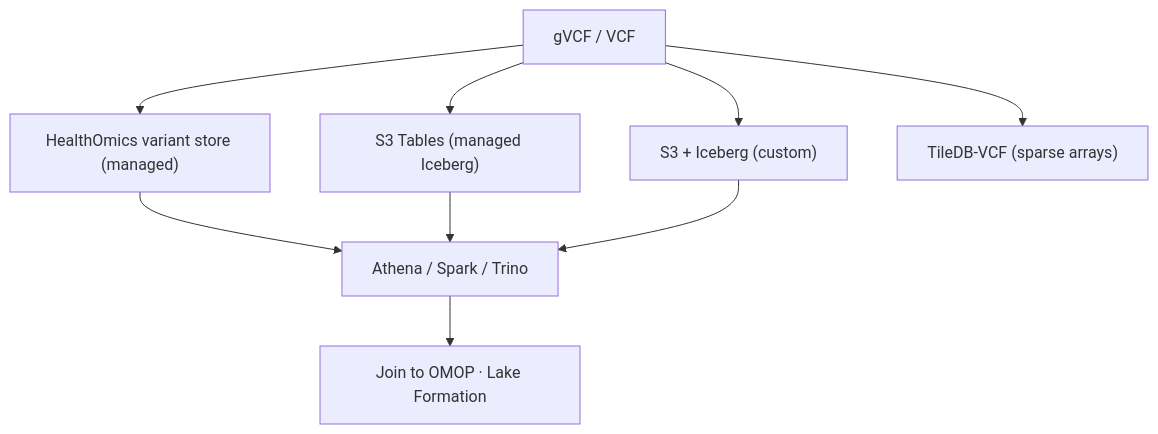
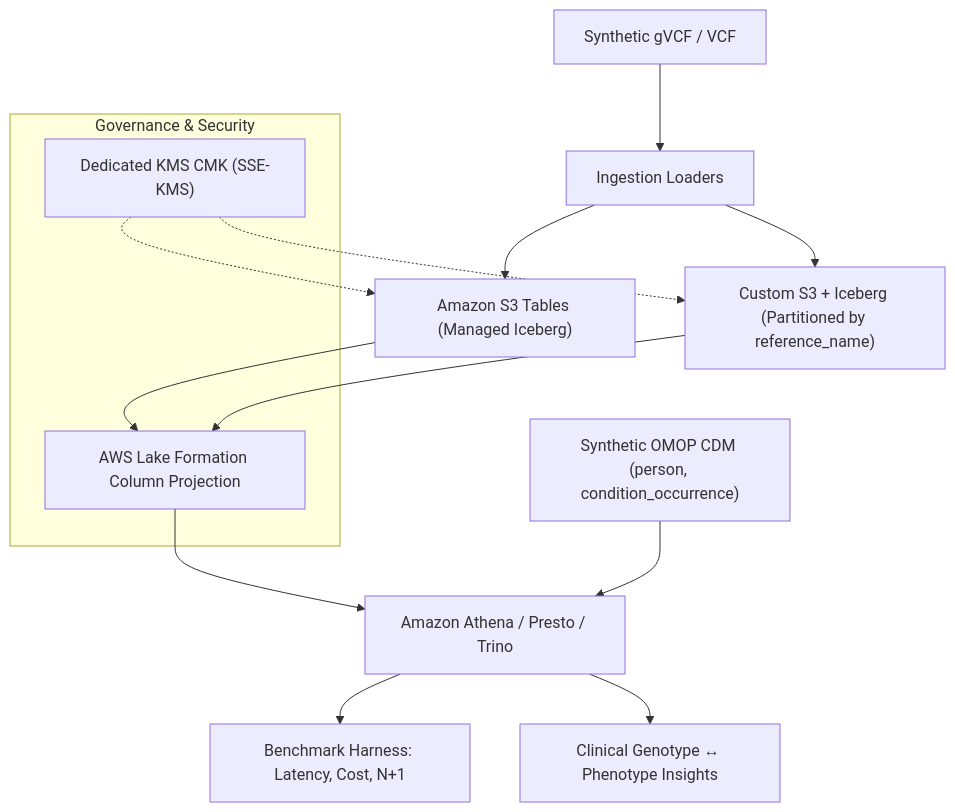
Before and after one commit to anothernoise/hls-variant-store-aws: the diagram in docs/architecture.md, drawn with Mermaid. The commit also changed other lines of this file and 43 other files, not shown here.

First line of the commit message:
Implement S3 Tables and Custom Iceberg variant store with lab exercises and ADRs

````diff
--- a/docs/architecture.md
+++ b/docs/architecture.md
@@ -20,9 +28,20 @@
 ```mermaid
 flowchart TB
-  V["gVCF / VCF"] --> A["HealthOmics variant store (managed)"]
-  V --> B["S3 Tables (managed Iceberg)"]
-  V --> C["S3 + Iceberg (custom)"]
-  V --> D["TileDB-VCF (sparse arrays)"]
-  A & B & C --> Q["Athena / Spark / Trino"]
-  Q --> J["Join to OMOP · Lake Formation"]
+  V["Synthetic gVCF / VCF"] --> Ingest["Ingestion Loaders"]
+  Ingest --> A["Amazon S3 Tables (Managed Iceberg)"]
+  Ingest --> B["Custom S3 + Iceberg (Partitioned by reference_name)"]
+  
+  subgraph Governance["Governance & Security"]
+    KMS["Dedicated KMS CMK (SSE-KMS)"]
+    LF["AWS Lake Formation Column Projection"]
+  end
+  
+  A & B --> LF
+  KMS -.-> A & B
+  
+  LF --> Q["Amazon Athena / Presto / Trino"]
+  OMOP["Synthetic OMOP CDM (person, condition_occurrence)"] --> Q
+  
+  Q --> Bench["Benchmark Harness: Latency, Cost, N+1"]
+  Q --> Join["Clinical Genotype ↔ Phenotype Insights"]
 ```
````
